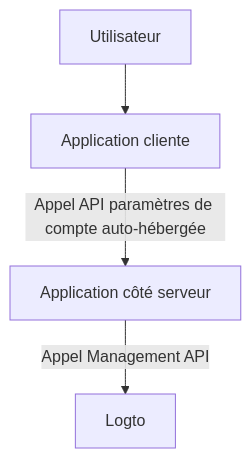
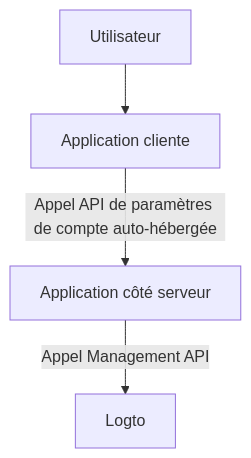
Before and after one commit to logto-io/docs: the first of 3 diagrams in i18n/fr/docusaurus-plugin-content-docs/current/end-user-flows/account-settings/by-management-api.mdx, drawn with Mermaid. The commit also changed other lines of this file and 102 other files, not shown here.

````diff
--- a/i18n/fr/docusaurus-plugin-content-docs/current/end-user-flows/account-settings/by-management-api.mdx
+++ b/i18n/fr/docusaurus-plugin-content-docs/current/end-user-flows/account-settings/by-management-api.mdx
@@ -13,6 +13,6 @@
 ```mermaid
   graph TB
     A[Utilisateur] --> B[Application cliente]
-    B -->|Appel API paramètres de compte auto-hébergée|C[Application côté serveur]
+    B -->|Appel API de paramètres de compte auto-hébergée|C[Application côté serveur]
     C -->|Appel Management API| D[Logto]
 ```
````
